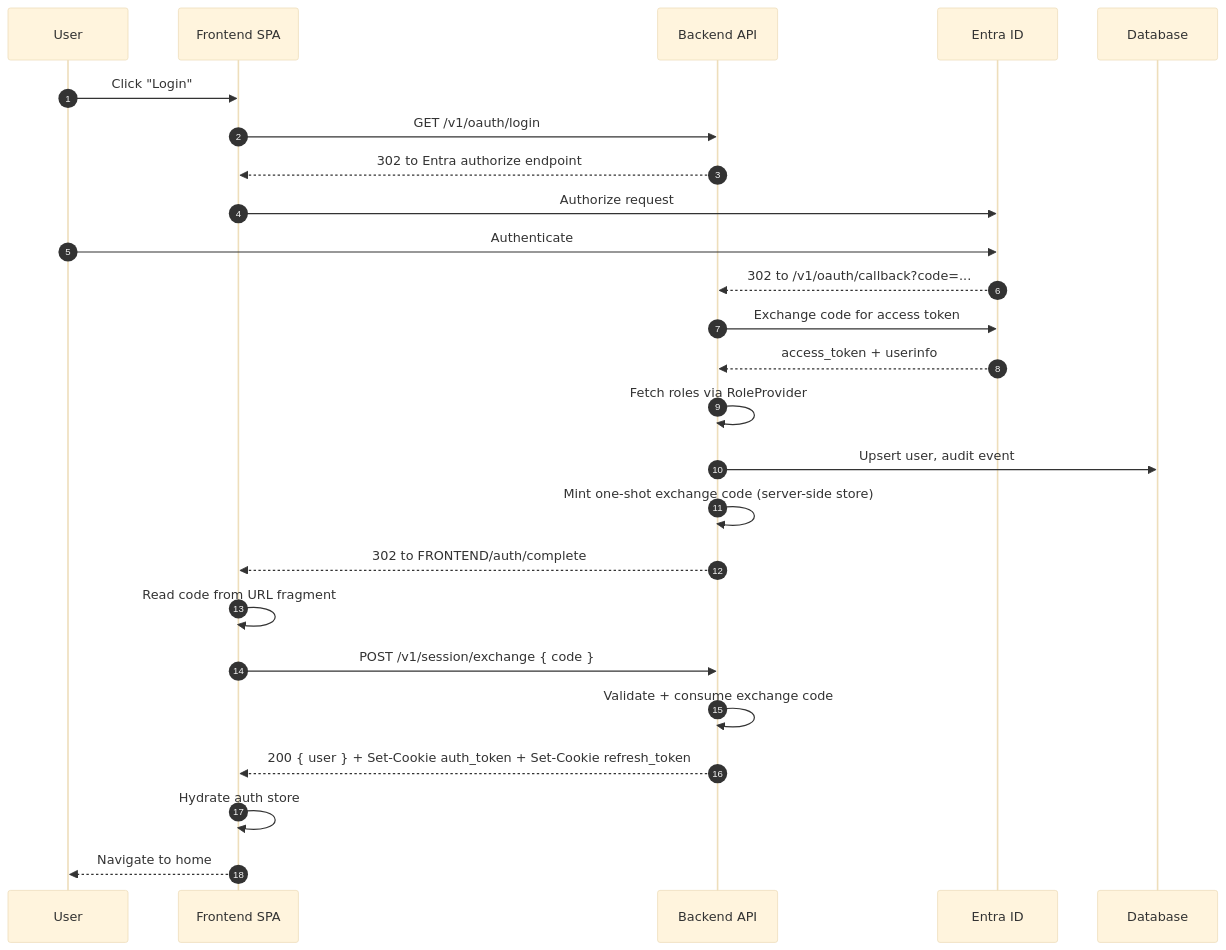
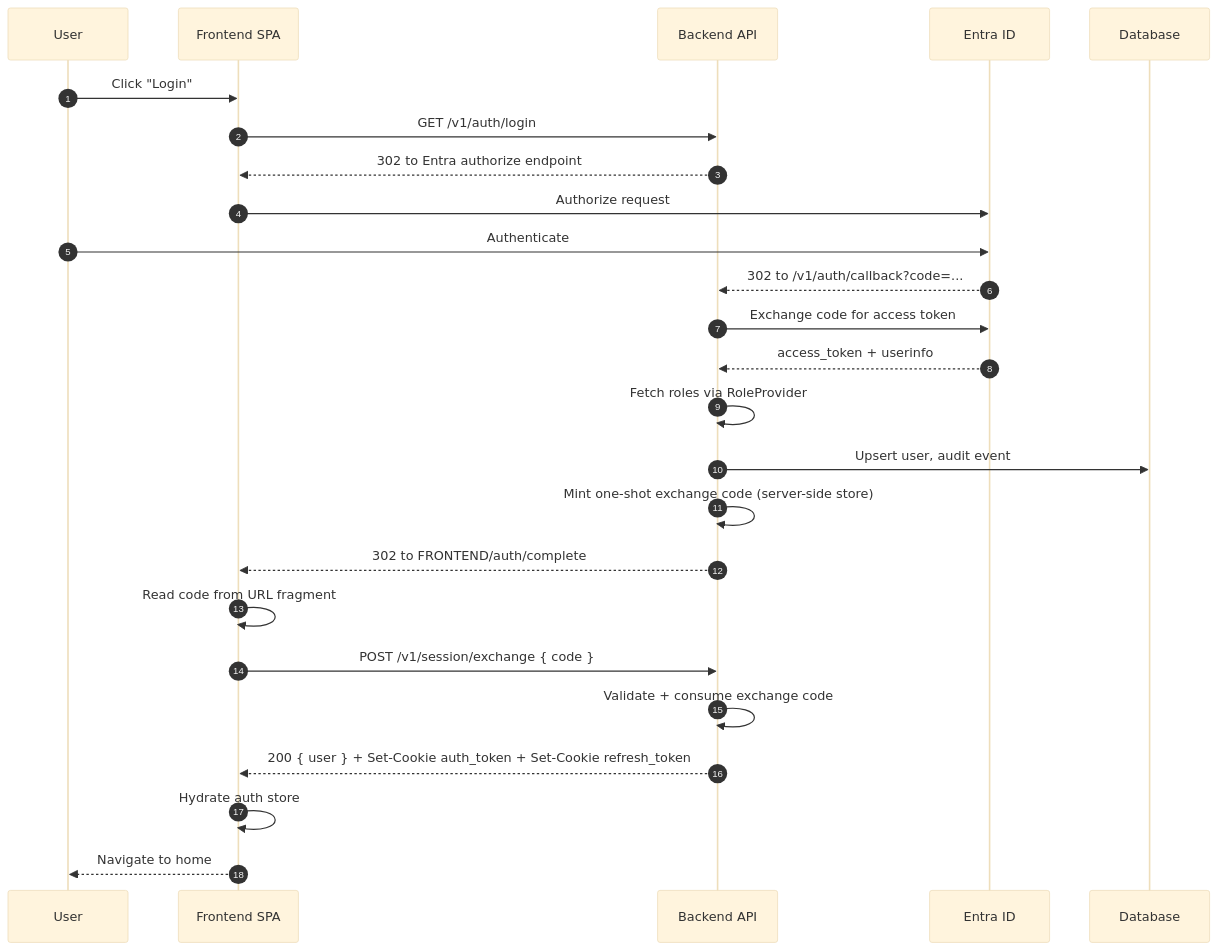
Before and after one commit to EPFL-ENAC/co2-calculator: the second of 3 diagrams in docs/src/architecture/04-auth-flow.md, drawn with Mermaid (base theme). The commit also changed other lines of this file and 8 other files, not shown here.

````diff
--- a/docs/src/architecture/04-auth-flow.md
+++ b/docs/src/architecture/04-auth-flow.md
@@ -37,28 +37,28 @@
 ```mermaid
 sequenceDiagram
     autonumber
     participant U as User
     participant SPA as Frontend SPA
     participant API as Backend API
     participant Entra as Entra ID
     participant DB as Database
 
     U->>SPA: Click "Login"
-    SPA->>API: GET /v1/oauth/login
+    SPA->>API: GET /v1/auth/login
     API-->>SPA: 302 to Entra authorize endpoint
     SPA->>Entra: Authorize request
     U->>Entra: Authenticate
-    Entra-->>API: 302 to /v1/oauth/callback?code=...
+    Entra-->>API: 302 to /v1/auth/callback?code=...
     API->>Entra: Exchange code for access token
     Entra-->>API: access_token + userinfo
     API->>API: Fetch roles via RoleProvider
     API->>DB: Upsert user, audit event
     API->>API: Mint one-shot exchange code (server-side store)
     API-->>SPA: 302 to FRONTEND/auth/complete#code=<exchange_code>
     SPA->>SPA: Read code from URL fragment
     SPA->>API: POST /v1/session/exchange { code }
     API->>API: Validate + consume exchange code
     API-->>SPA: 200 { user } + Set-Cookie auth_token + Set-Cookie refresh_token
     SPA->>SPA: Hydrate auth store
     SPA-->>U: Navigate to home
 ```
````
